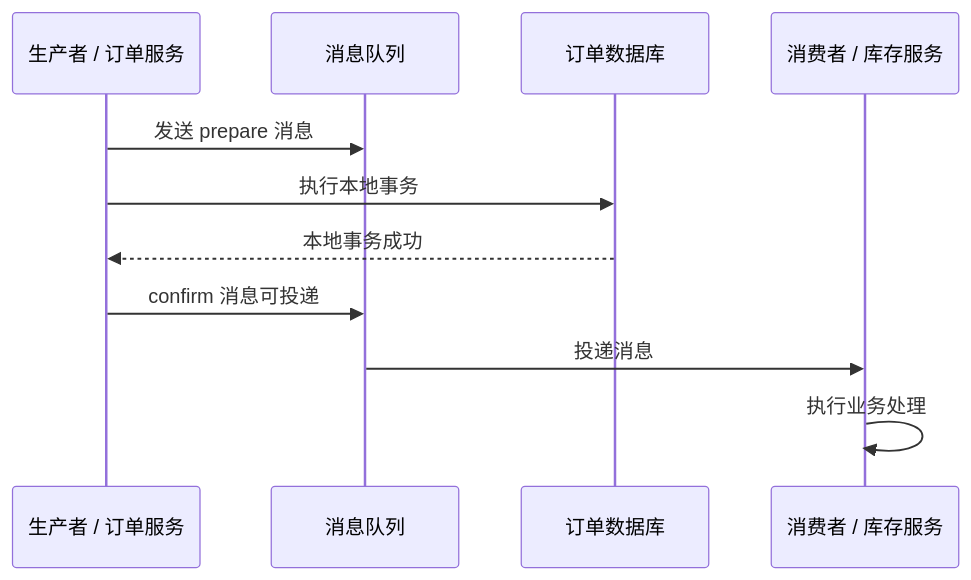
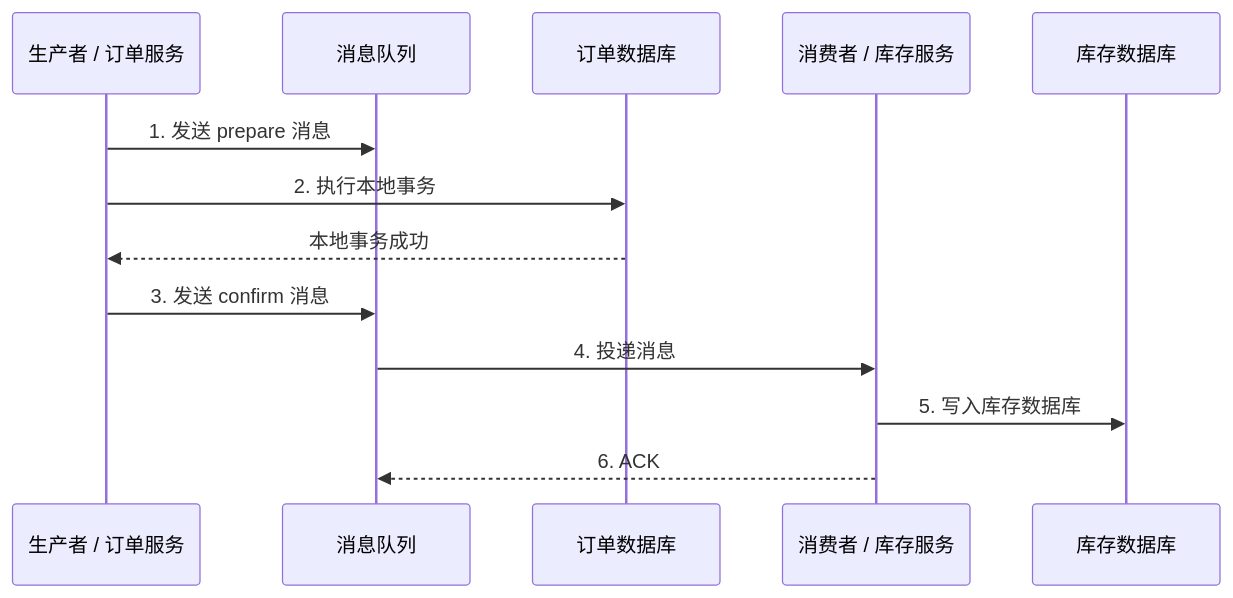
Before and after one commit to crashingby/homepage: diagram 35 of 40 in src/content/blog/Software-Construction/Chap09.md, drawn with Mermaid. The commit also changed other lines of this file and 6 other files, not shown here.

````diff
--- a/src/content/blog/Software-Construction/Chap09.md
+++ b/src/content/blog/Software-Construction/Chap09.md
@@ -1023,14 +1242,16 @@
 ```mermaid
 sequenceDiagram
   participant P as 生产者 / 订单服务
   participant MQ as 消息队列
   participant DB as 订单数据库
   participant C as 消费者 / 库存服务
+  participant SDB as 库存数据库
 
-  P->>MQ: 发送 prepare 消息
-  P->>DB: 执行本地事务
+  P->>MQ: 1. 发送 prepare 消息
+  P->>DB: 2. 执行本地事务
   DB-->>P: 本地事务成功
-  P->>MQ: confirm 消息可投递
-  MQ->>C: 投递消息
-  C->>C: 执行业务处理
+  P->>MQ: 3. 发送 confirm 消息
+  MQ->>C: 4. 投递消息
+  C->>SDB: 5. 写入库存数据库
+  C-->>MQ: 6. ACK
 ```
````
